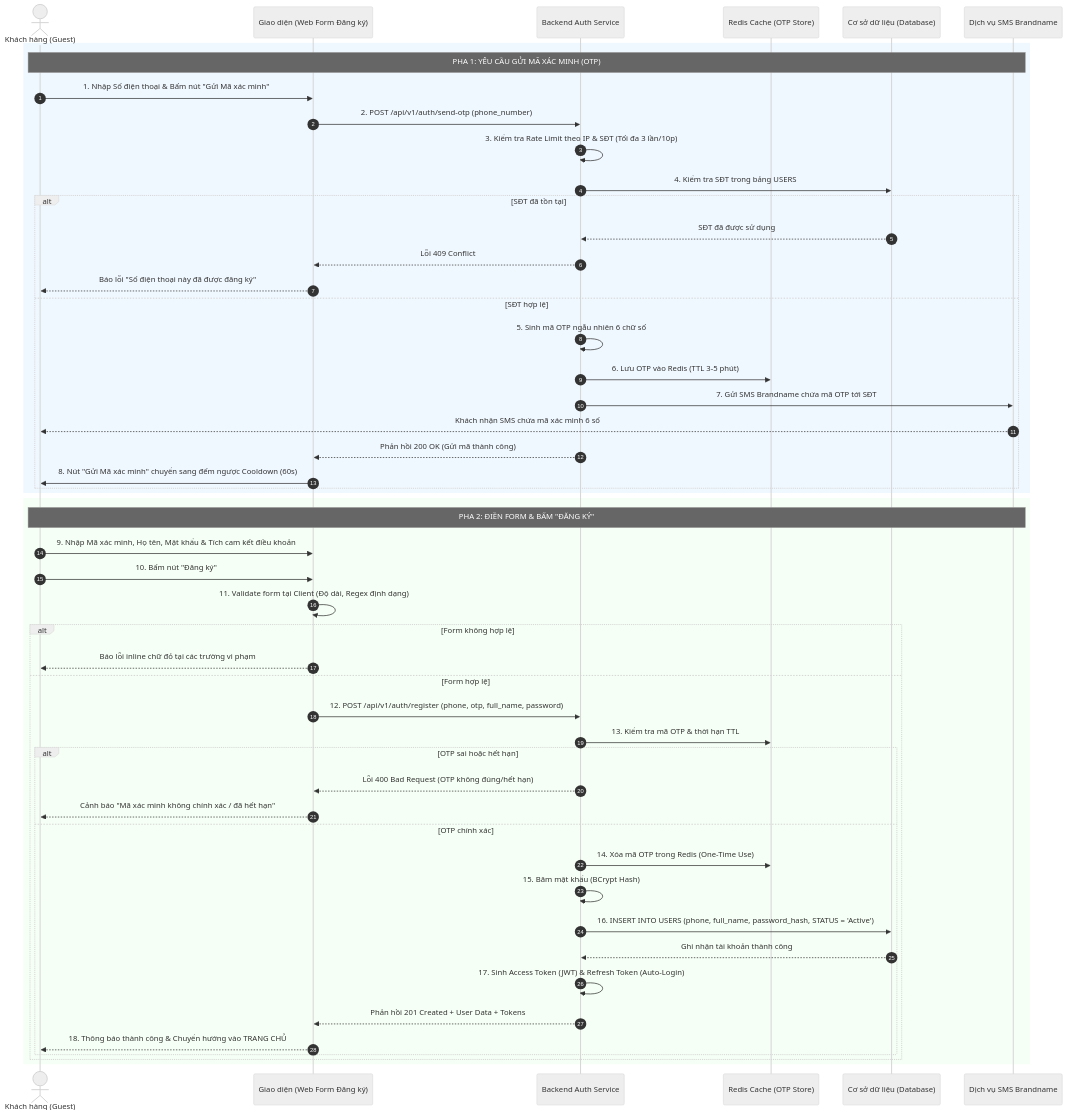
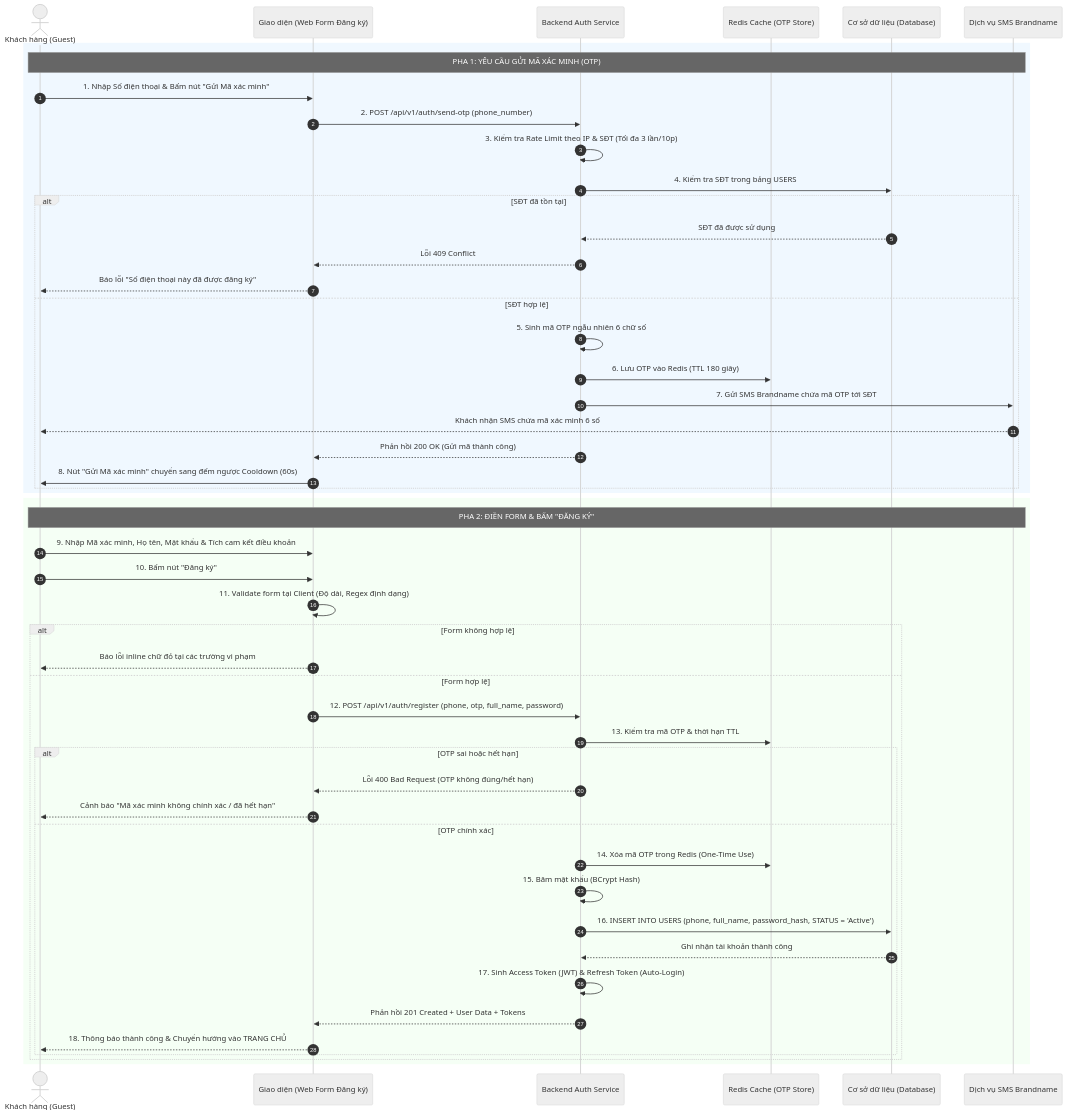
One commit to GiangHieuToiDay/aqs-ba changed the diagram in docs/Fe-01/Common/Account/Register.md. Above: the diagram before and after it, drawn with Mermaid (neutral theme). The commit also changed other lines of this file and 16 other files, not shown here.

````diff
--- a/docs/Fe-01/Common/Account/Register.md
+++ b/docs/Fe-01/Common/Account/Register.md
@@ -224,57 +224,57 @@
 ```mermaid
 sequenceDiagram
     autonumber
     actor Guest as Khách hàng (Guest)
     participant UI as Giao diện (Web Form Đăng ký)
     participant API as Backend Auth Service
     participant Cache as Redis Cache (OTP Store)
     participant DB as Cơ sở dữ liệu (Database)
     participant SMS as Dịch vụ SMS Brandname
 
     %% PHA 1: GỬI MÃ XÁC MINH
     rect rgb(240, 248, 255)
         Note over Guest, SMS: PHA 1: YÊU CẦU GỬI MÃ XÁC MINH (OTP)
         Guest->>UI: 1. Nhập Số điện thoại & Bấm nút "Gửi Mã xác minh"
         UI->>API: 2. POST /api/v1/auth/send-otp (phone_number)
         API->>API: 3. Kiểm tra Rate Limit theo IP & SĐT (Tối đa 3 lần/10p)
         API->>DB: 4. Kiểm tra SĐT trong bảng USERS
         alt SĐT đã tồn tại
             DB-->>API: SĐT đã được sử dụng
             API-->>UI: Lỗi 409 Conflict
             UI-->>Guest: Báo lỗi "Số điện thoại này đã được đăng ký"
         else SĐT hợp lệ
             API->>API: 5. Sinh mã OTP ngẫu nhiên 6 chữ số
-            API->>Cache: 6. Lưu OTP vào Redis (TTL 3-5 phút)
+            API->>Cache: 6. Lưu OTP vào Redis (TTL 180 giây)
             API->>SMS: 7. Gửi SMS Brandname chứa mã OTP tới SĐT
             SMS-->>Guest: Khách nhận SMS chứa mã xác minh 6 số
             API-->>UI: Phản hồi 200 OK (Gửi mã thành công)
             UI->>Guest: 8. Nút "Gửi Mã xác minh" chuyển sang đếm ngược Cooldown (60s)
         end
     end
 
     %% PHA 2: HOÀN TẤT ĐIỀN FORM VÀ ĐĂNG KÝ
     rect rgb(245, 255, 245)
         Note over Guest, SMS: PHA 2: ĐIỀN FORM & BẤM "ĐĂNG KÝ"
         Guest->>UI: 9. Nhập Mã xác minh, Họ tên, Mật khẩu & Tích cam kết điều khoản
         Guest->>UI: 10. Bấm nút "Đăng ký"
         UI->>UI: 11. Validate form tại Client (Độ dài, Regex định dạng)
         alt Form không hợp lệ
             UI-->>Guest: Báo lỗi inline chữ đỏ tại các trường vi phạm
         else Form hợp lệ
             UI->>API: 12. POST /api/v1/auth/register (phone, otp, full_name, password)
             API->>Cache: 13. Kiểm tra mã OTP & thời hạn TTL
             alt OTP sai hoặc hết hạn
                 API-->>UI: Lỗi 400 Bad Request (OTP không đúng/hết hạn)
                 UI-->>Guest: Cảnh báo "Mã xác minh không chính xác / đã hết hạn"
             else OTP chính xác
                 API->>Cache: 14. Xóa mã OTP trong Redis (One-Time Use)
                 API->>API: 15. Băm mật khẩu (BCrypt Hash)
                 API->>DB: 16. INSERT INTO USERS (phone, full_name, password_hash, STATUS = 'Active')
                 DB-->>API: Ghi nhận tài khoản thành công
                 API->>API: 17. Sinh Access Token (JWT) & Refresh Token (Auto-Login)
                 API-->>UI: Phản hồi 201 Created + User Data + Tokens
                 UI-->>Guest: 18. Thông báo thành công & Chuyển hướng vào TRANG CHỦ
             end
         end
     end
 ```
````
